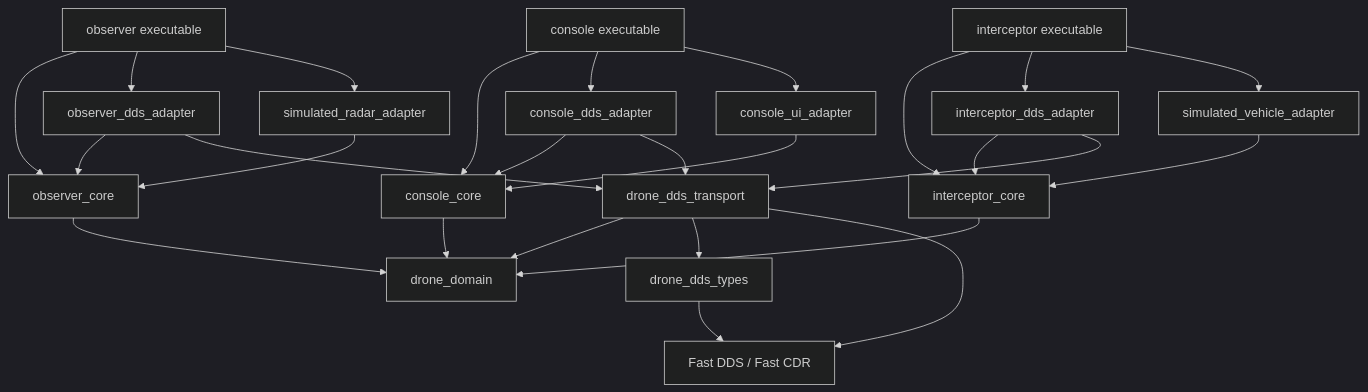
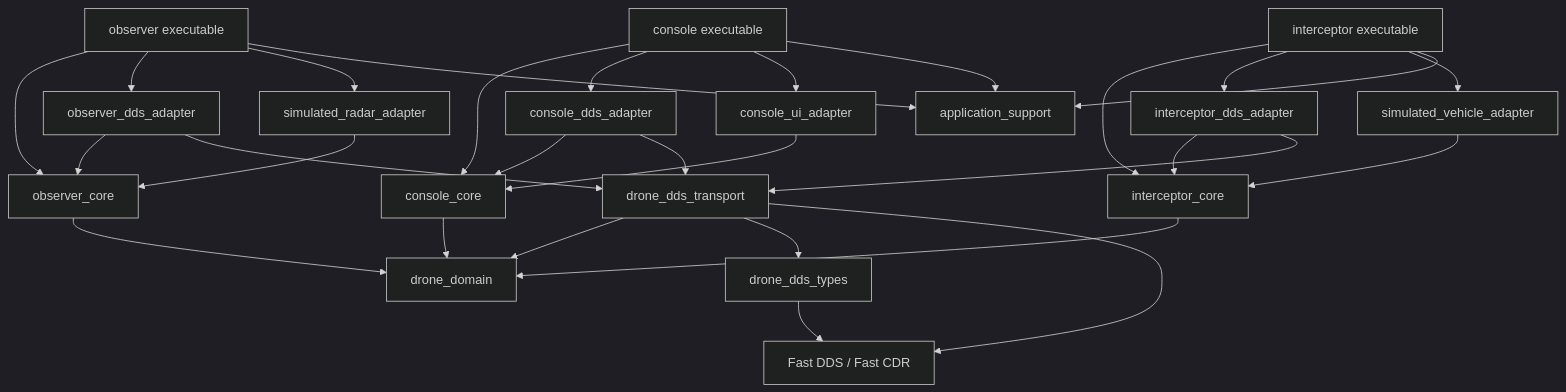
One commit to Stefan11111111/drone_2 changed the diagram in architecture.md. Above: the diagram before and after it, drawn with Mermaid (dark theme). The commit also changed other lines of this file and 24 other files, not shown here.

````diff
--- a/architecture.md
+++ b/architecture.md
@@ -5,35 +5,38 @@
 ```mermaid
 flowchart TD
     observer_app[observer executable] --> observer_core
     observer_app --> observer_dds_adapter
     observer_app --> simulated_radar_adapter
+    observer_app --> application_support
 
     console_app[console executable] --> console_core
     console_app --> console_dds_adapter
     console_app --> console_ui_adapter
+    console_app --> application_support
 
     interceptor_app[interceptor executable] --> interceptor_core
     interceptor_app --> interceptor_dds_adapter
     interceptor_app --> simulated_vehicle_adapter
+    interceptor_app --> application_support
 
     simulated_radar_adapter --> observer_core
     observer_dds_adapter --> observer_core
     observer_dds_adapter --> drone_dds_transport
 
     console_ui_adapter --> console_core
     console_dds_adapter --> console_core
     console_dds_adapter --> drone_dds_transport
 
     simulated_vehicle_adapter --> interceptor_core
     interceptor_dds_adapter --> interceptor_core
     interceptor_dds_adapter --> drone_dds_transport
 
     observer_core --> drone_domain
     console_core --> drone_domain
     interceptor_core --> drone_domain
 
     drone_dds_transport --> drone_domain
     drone_dds_transport --> drone_dds_types
     drone_dds_transport --> fast_dds[Fast DDS / Fast CDR]
     drone_dds_types --> fast_dds
 ```
````
